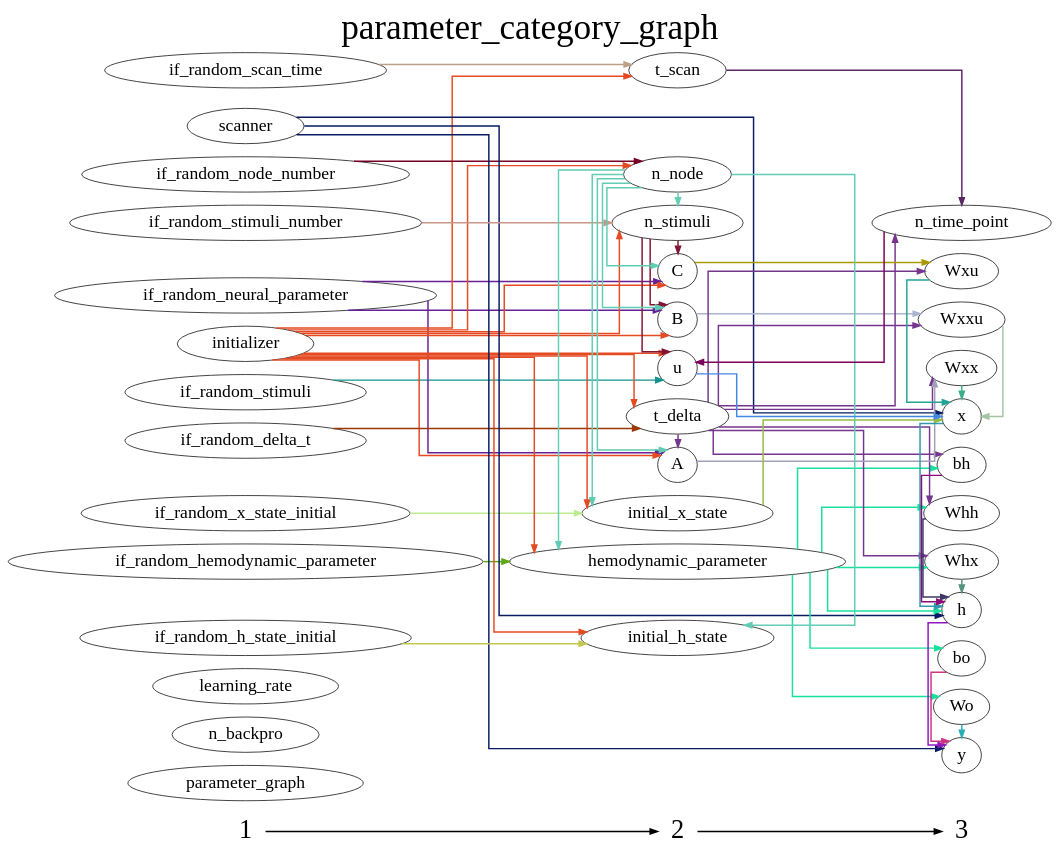
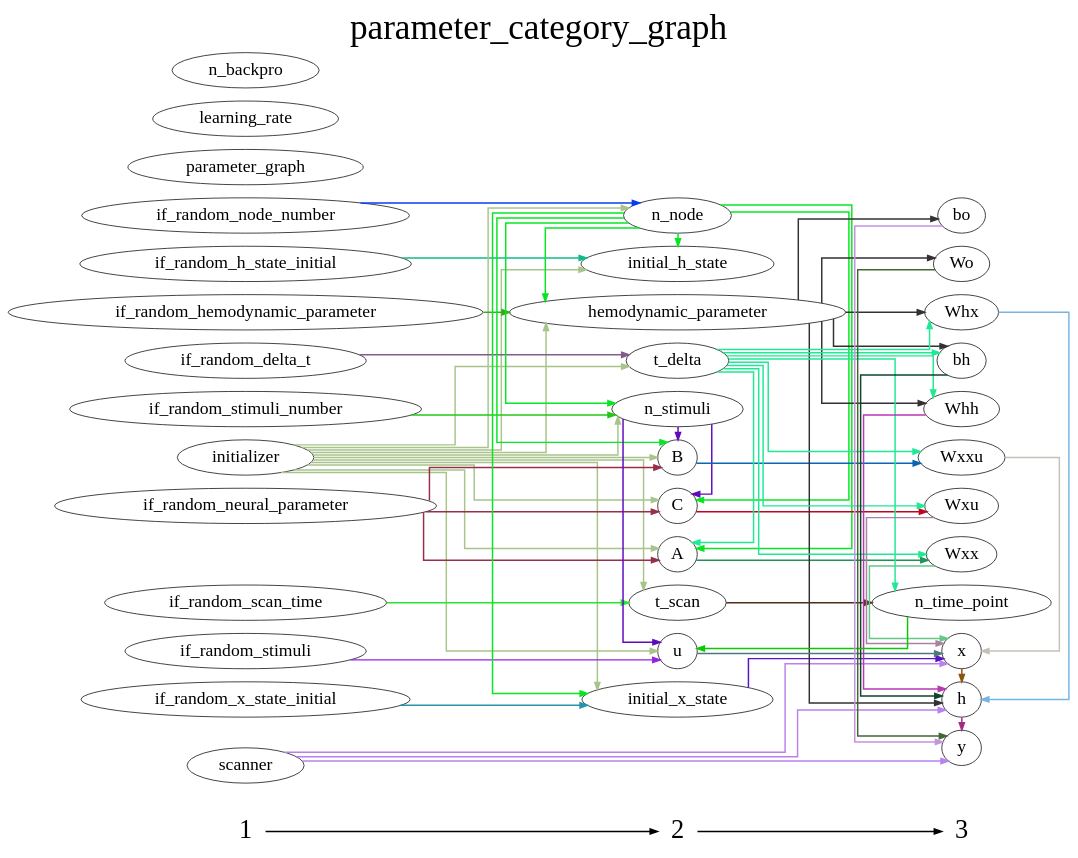
One commit to YuanWangOnward/DCM_RNN changed the diagram in DCM_RNN/documents/parameter_category_graph.gv. Above: the diagram before and after it, drawn with Graphviz. The commit also changed 5 other files, not shown here.

```diff
--- a/DCM_RNN/documents/parameter_category_graph.gv
+++ b/DCM_RNN/documents/parameter_category_graph.gv
@@ -1,132 +1,132 @@
 digraph G {
           splines=ortho;
           fontsize = 48;
           rankdir = "LR";
           node[fontsize=24];
           edge[penwidth=2];
           {
           node [shape=plaintext fontsize=36];
           1 -> 
           2 -> 
           3
           }
           {rank = same;
           1;
+          if_random_h_state_initial;
+          initializer;
+          if_random_neural_parameter;
+          if_random_scan_time;
           parameter_graph;
+          learning_rate;
+          if_random_delta_t;
+          if_random_stimuli;
+          scanner;
+          if_random_node_number;
           n_backpro;
-          learning_rate;
-          if_random_stimuli;
+          if_random_stimuli_number;
           if_random_x_state_initial;
-          if_random_neural_parameter;
           if_random_hemodynamic_parameter;
-          if_random_scan_time;
-          initializer;
-          if_random_node_number;
-          if_random_delta_t;
-          scanner;
-          if_random_h_state_initial;
-          if_random_stimuli_number;
           }
           {rank = same;
           2;
+          initial_h_state;
+          n_node;
+          initial_x_state;
+          n_stimuli;
+          C;
+          A;
           B;
-          n_stimuli;
           hemodynamic_parameter;
           t_delta;
           t_scan;
-          A;
-          C;
-          initial_x_state;
-          n_node;
           u;
-          initial_h_state;
           }
           {rank = same;
           3;
-          x;
+          Wxxu;
           bh;
-          Wxxu;
-          y;
+          Wxx;
           h;
+          Wxu;
           Whh;
           n_time_point;
           bo;
-          Wxx;
-          Wxu;
+          x;
           Whx;
           Wo;
+          y;
           }
-          x -> h [color="#3398AB"];
+          Wxxu -> x [color="#C6C0B7"];
           parameter_graph ;
-          if_random_h_state_initial -> initial_h_state [color="#C5C74E"];
-          h -> y [color="#8E17C1"];
-          B -> Wxxu [color="#ABB5CE"];
+          initializer -> initial_x_state [color="#A8C48B"];
+          initializer -> n_stimuli [color="#A8C48B"];
+          initializer -> initial_h_state [color="#A8C48B"];
+          initializer -> C [color="#A8C48B"];
+          initializer -> B [color="#A8C48B"];
+          initializer -> t_delta [color="#A8C48B"];
+          initializer -> u [color="#A8C48B"];
+          initializer -> A [color="#A8C48B"];
+          initializer -> n_node [color="#A8C48B"];
+          initializer -> hemodynamic_parameter [color="#A8C48B"];
+          initializer -> t_scan [color="#A8C48B"];
+          bh -> h [color="#0E462A"];
+          initial_x_state -> x [color="#5C12C8"];
+          h -> y [color="#A22B83"];
+          if_random_neural_parameter -> C [color="#982E48"];
+          if_random_neural_parameter -> B [color="#982E48"];
+          if_random_neural_parameter -> A [color="#982E48"];
           learning_rate ;
+          if_random_scan_time -> t_scan [color="#24E633"];
+          n_node -> initial_x_state [color="#06E622"];
+          n_node -> n_stimuli [color="#06E622"];
+          n_node -> initial_h_state [color="#06E622"];
+          n_node -> C [color="#06E622"];
+          n_node -> B [color="#06E622"];
+          n_node -> A [color="#06E622"];
+          n_node -> hemodynamic_parameter [color="#06E622"];
+          Wxx -> x [color="#66C886"];
+          t_delta -> bh [color="#21E895"];
+          t_delta -> Wxu [color="#21E895"];
+          t_delta -> Whh [color="#21E895"];
+          t_delta -> n_time_point [color="#21E895"];
+          t_delta -> Whx [color="#21E895"];
+          t_delta -> Wxxu [color="#21E895"];
+          t_delta -> A [color="#21E895"];
+          t_delta -> Wxx [color="#21E895"];
+          initial_h_state ;
+          n_stimuli -> C [color="#610ABA"];
+          n_stimuli -> B [color="#610ABA"];
+          n_stimuli -> u [color="#610ABA"];
+          Wxu -> x [color="#A982A3"];
+          C -> Wxu [color="#BC0622"];
+          if_random_delta_t -> t_delta [color="#845C89"];
+          Whh -> h [color="#BA37B2"];
+          if_random_stimuli -> u [color="#9523E3"];
+          scanner -> x [color="#B982E9"];
+          scanner -> h [color="#B982E9"];
+          scanner -> y [color="#B982E9"];
+          if_random_node_number -> n_node [color="#0A3CEC"];
+          n_time_point -> u [color="#0BC900"];
           n_backpro ;
-          if_random_stimuli -> u [color="#13948E"];
-          if_random_hemodynamic_parameter -> hemodynamic_parameter [color="#5EA816"];
-          bh -> h [color="#900979"];
-          n_stimuli -> u [color="#821532"];
-          n_stimuli -> C [color="#821532"];
-          n_stimuli -> B [color="#821532"];
-          if_random_neural_parameter -> A [color="#672198"];
-          if_random_neural_parameter -> C [color="#672198"];
-          if_random_neural_parameter -> B [color="#672198"];
-          Wxx -> x [color="#3BAE89"];
+          B -> Wxxu [color="#0B66B2"];
           y ;
-          if_random_x_state_initial -> initial_x_state [color="#BBEC92"];
-          if_random_scan_time -> t_scan [color="#BCA088"];
-          Wxu -> x [color="#22A595"];
-          Whh -> h [color="#403865"];
-          if_random_node_number -> n_node [color="#770025"];
-          t_delta -> bh [color="#76368E"];
-          t_delta -> Wxu [color="#76368E"];
-          t_delta -> Whx [color="#76368E"];
-          t_delta -> Whh [color="#76368E"];
-          t_delta -> Wxx [color="#76368E"];
-          t_delta -> n_time_point [color="#76368E"];
-          t_delta -> A [color="#76368E"];
-          t_delta -> Wxxu [color="#76368E"];
-          n_time_point -> u [color="#7C005B"];
-          t_scan -> n_time_point [color="#592964"];
-          if_random_delta_t -> t_delta [color="#9C3805"];
-          A -> Wxx [color="#A1A0B9"];
-          bo -> y [color="#CB3581"];
-          C -> Wxu [color="#A89A04"];
-          initial_x_state -> x [color="#94BA47"];
-          n_node -> n_stimuli [color="#62CCB4"];
-          n_node -> hemodynamic_parameter [color="#62CCB4"];
-          n_node -> A [color="#62CCB4"];
-          n_node -> C [color="#62CCB4"];
-          n_node -> initial_x_state [color="#62CCB4"];
-          n_node -> B [color="#62CCB4"];
-          n_node -> initial_h_state [color="#62CCB4"];
-          scanner -> h [color="#071C62"];
-          scanner -> x [color="#071C62"];
-          scanner -> y [color="#071C62"];
-          u -> x [color="#4288E3"];
-          if_random_stimuli_number -> n_stimuli [color="#C89788"];
-          initial_h_state ;
-          Wxxu -> x [color="#A4C3A3"];
-          hemodynamic_parameter -> h [color="#18E09E"];
-          hemodynamic_parameter -> bh [color="#18E09E"];
-          hemodynamic_parameter -> Whx [color="#18E09E"];
-          hemodynamic_parameter -> Whh [color="#18E09E"];
-          hemodynamic_parameter -> bo [color="#18E09E"];
-          hemodynamic_parameter -> Wo [color="#18E09E"];
-          initializer -> t_delta [color="#E54A22"];
-          initializer -> n_node [color="#E54A22"];
-          initializer -> u [color="#E54A22"];
-          initializer -> t_scan [color="#E54A22"];
-          initializer -> n_stimuli [color="#E54A22"];
-          initializer -> hemodynamic_parameter [color="#E54A22"];
-          initializer -> A [color="#E54A22"];
-          initializer -> C [color="#E54A22"];
-          initializer -> initial_x_state [color="#E54A22"];
-          initializer -> B [color="#E54A22"];
-          initializer -> initial_h_state [color="#E54A22"];
-          Whx -> h [color="#56927E"];
-          Wo -> y [color="#29AEB5"];
+          hemodynamic_parameter -> bo [color="#353036"];
+          hemodynamic_parameter -> bh [color="#353036"];
+          hemodynamic_parameter -> Whh [color="#353036"];
+          hemodynamic_parameter -> Whx [color="#353036"];
+          hemodynamic_parameter -> h [color="#353036"];
+          hemodynamic_parameter -> Wo [color="#353036"];
+          bo -> y [color="#C593E0"];
+          Whx -> h [color="#76B4E3"];
+          if_random_stimuli_number -> n_stimuli [color="#24C617"];
+          x -> h [color="#885612"];
+          if_random_h_state_initial -> initial_h_state [color="#10BA89"];
+          Wo -> y [color="#436733"];
+          if_random_x_state_initial -> initial_x_state [color="#2793A9"];
+          t_scan -> n_time_point [color="#512C1C"];
+          u -> x [color="#527782"];
+          if_random_hemodynamic_parameter -> hemodynamic_parameter [color="#35AB19"];
+          A -> Wxx [color="#219257"];
           labelloc = "t";
           label = "parameter_category_graph";
 }
```
